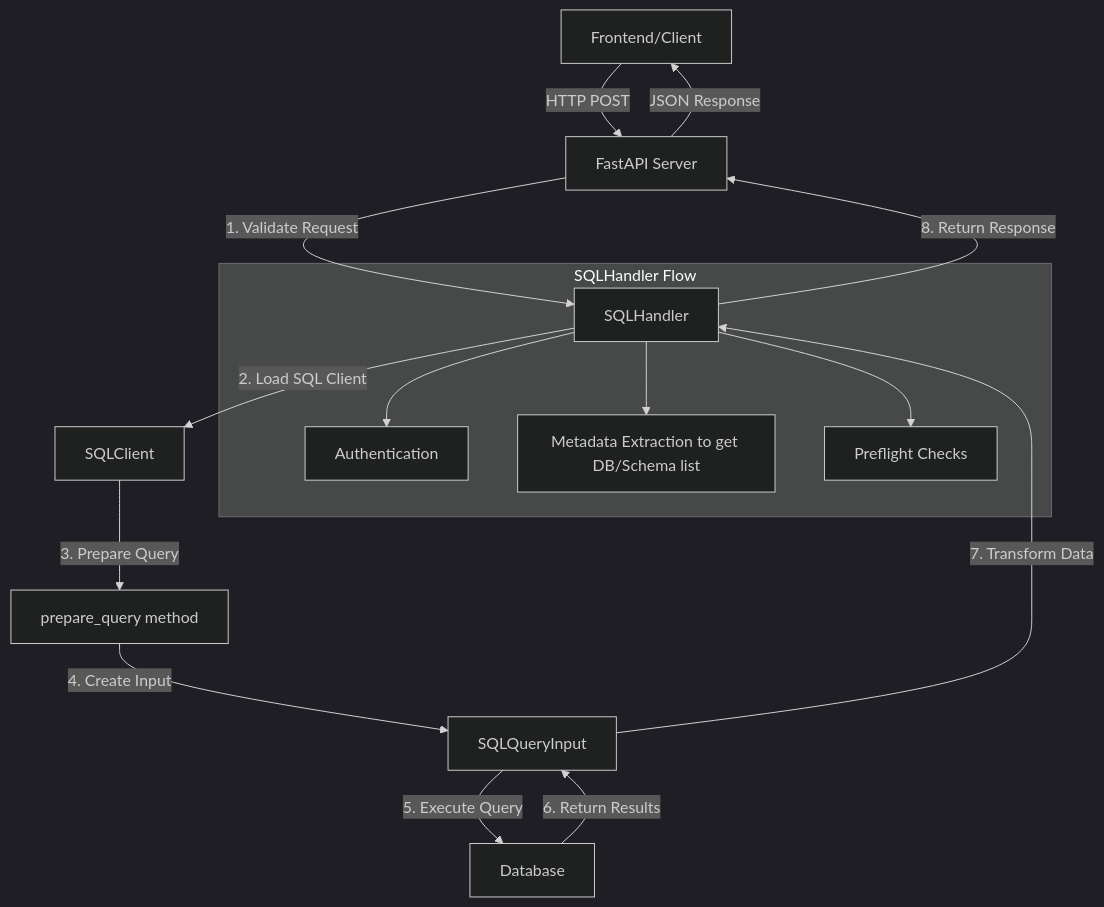
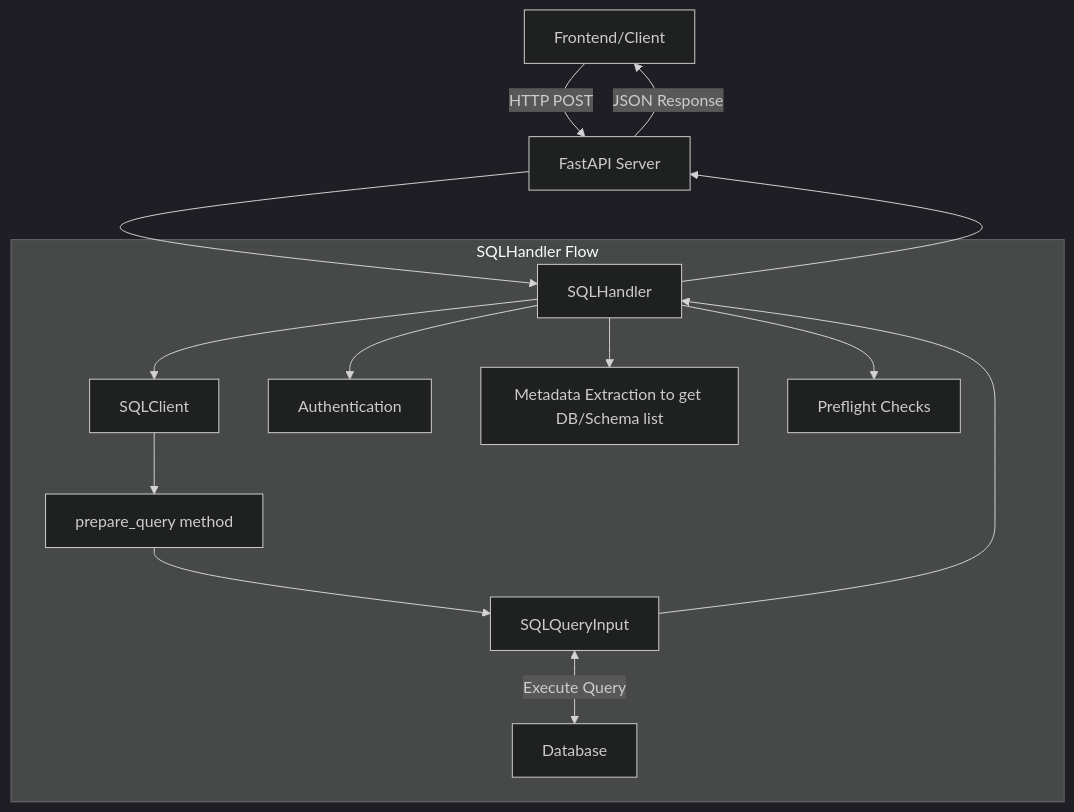
Before and after one commit to atlanhq/application-sdk: the diagram in docs/guides/SQL_APPLICATION_GUIDE.md, drawn with Mermaid (dark theme). The commit also changed other lines of this file, not shown here.

Commit message:
Improve graph

````diff
--- a/docs/guides/SQL_APPLICATION_GUIDE.md
+++ b/docs/guides/SQL_APPLICATION_GUIDE.md
@@ -58,19 +58,20 @@
 ```mermaid
 graph TD
     A[Frontend/Client] -->|HTTP POST| B[FastAPI Server]
-    B -->|1. Validate Request| C[SQLHandler]
-    C -->|2. Load SQL Client| D[SQLClient]
-    D -->|3. Prepare Query| E[prepare_query method]
-    E -->|4. Create Input| F[SQLQueryInput]
-    F -->|5. Execute Query| G[Database]
-    G -->|6. Return Results| F
-    F -->|7. Transform Data| C
-    C -->|8. Return Response| B
+    B --> C[SQLHandler]
+    
+    subgraph "SQLHandler Flow"
+        C --> D[SQLClient]
+        C --> E[Authentication]
+        C --> F[Metadata Extraction to get DB/Schema list]
+        C --> G[Preflight Checks]
+        
+        D --> H[prepare_query method]
+        H --> I[SQLQueryInput]
+        I <-->|Execute Query| J[Database]
+    end
+    
+    I --> C
+    C --> B
     B -->|JSON Response| A
-
-    subgraph "SQLHandler Flow"
-        C --> H[Authentication]
-        C --> I[Metadata Extraction to get DB/Schema list]
-        C --> J[Preflight Checks]
-    end
 ```
````
